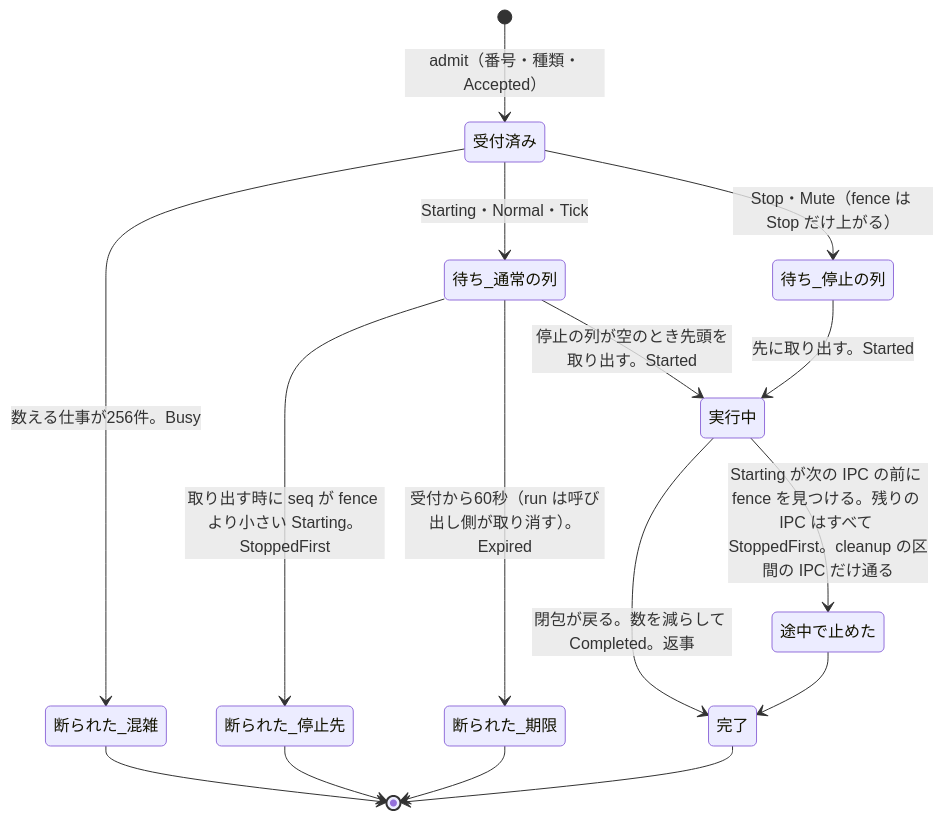
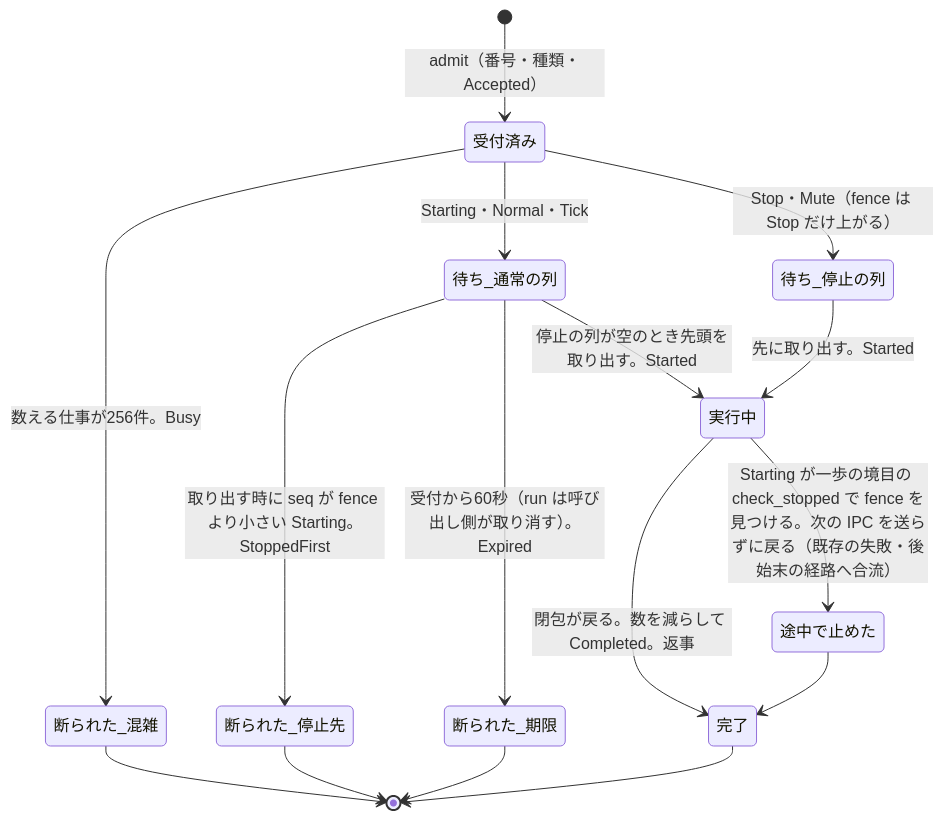
One commit to blackflame7983/Auralyn changed the third of 3 diagrams in docs/plans/audio-session-f1b0b-design.md. Above: the diagram before and after it, drawn with Mermaid. The commit also changed other lines of this file, not shown here.

````diff
--- a/docs/plans/audio-session-f1b0b-design.md
+++ b/docs/plans/audio-session-f1b0b-design.md
@@ -1023,18 +1047,18 @@
 ```mermaid
 stateDiagram-v2
   [*] --> 受付済み: admit（番号・種類・Accepted）
   受付済み --> 断られた_混雑: 数える仕事が256件。Busy
   受付済み --> 待ち_通常の列: Starting・Normal・Tick
   受付済み --> 待ち_停止の列: Stop・Mute（fence は Stop だけ上がる）
   待ち_通常の列 --> 断られた_停止先: 取り出す時に seq が fence より小さい Starting。StoppedFirst
   待ち_通常の列 --> 断られた_期限: 受付から60秒（run は呼び出し側が取り消す）。Expired
   待ち_通常の列 --> 実行中: 停止の列が空のとき先頭を取り出す。Started
   待ち_停止の列 --> 実行中: 先に取り出す。Started
   実行中 --> 完了: 閉包が戻る。数を減らして Completed。返事
-  実行中 --> 途中で止めた: Starting が次の IPC の前に fence を見つける。残りの IPC はすべて StoppedFirst。cleanup の区間の IPC だけ通る
+  実行中 --> 途中で止めた: Starting が一歩の境目の check_stopped で fence を見つける。次の IPC を送らずに戻る（既存の失敗・後始末の経路へ合流）
   途中で止めた --> 完了
   完了 --> [*]
   断られた_混雑 --> [*]
   断られた_停止先 --> [*]
   断られた_期限 --> [*]
 ```
````
